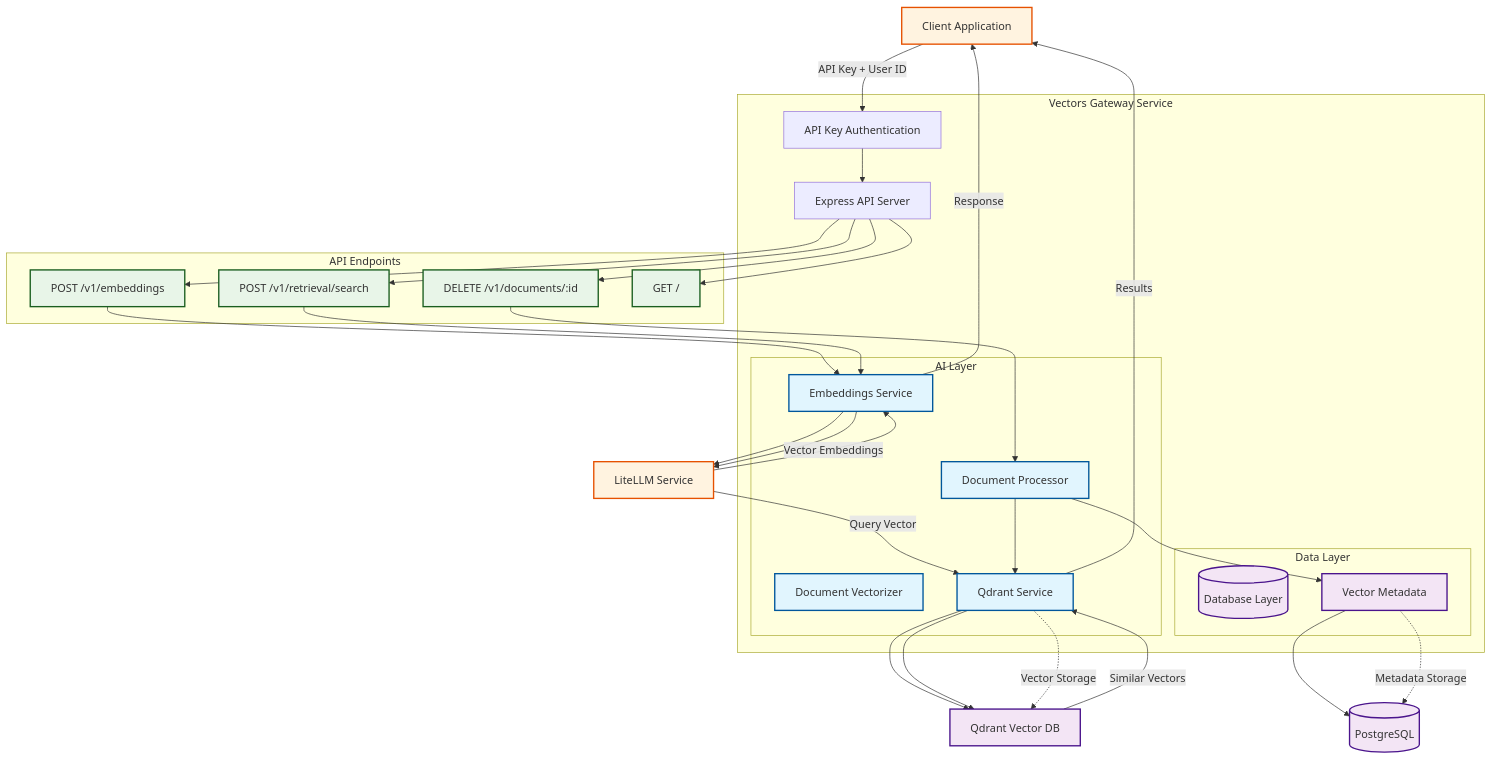
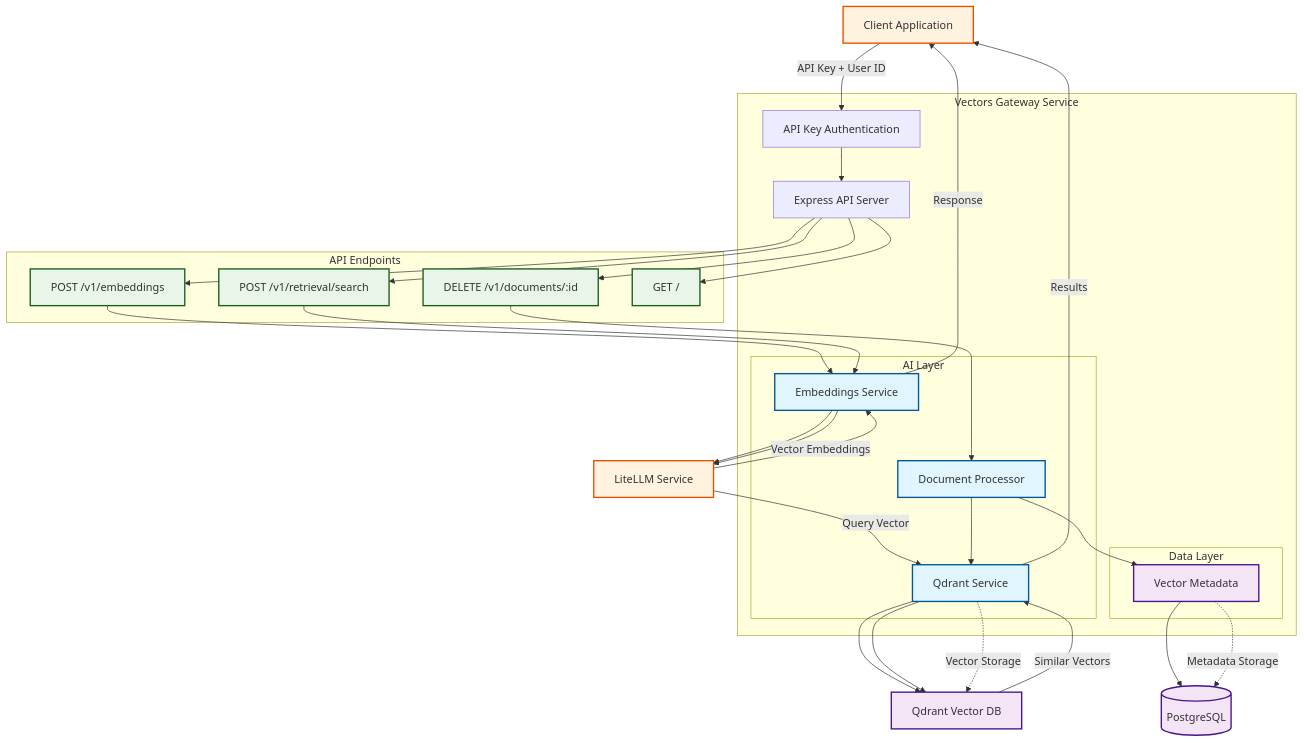
One commit to url4irl/vectors-gateway changed the diagram in README.md. Above: the diagram before and after it, drawn with Mermaid. The commit also changed 2 other files, not shown here.

Commit message:
chore: remove unused vectorizer

````diff
--- a/README.md
+++ b/README.md
@@ -13,80 +13,78 @@
 ```mermaid
 graph TB
     %% External Services
     Client[Client Application]
     LiteLLM[LiteLLM Service]
     Qdrant[Qdrant Vector DB]
     PostgreSQL[(PostgreSQL)]
     
     %% Vectors Gateway Service
     subgraph "Vectors Gateway Service"
         API[Express API Server]
         Auth[API Key Authentication]
         
         subgraph "AI Layer"
             Embeddings[Embeddings Service]
-            Vectorization[Document Vectorizer]
             QdrantService[Qdrant Service]
             DocumentProcessor[Document Processor]
         end
         
         subgraph "Data Layer"
-            Database[(Database Layer)]
             Metadata[Vector Metadata]
         end
     end
     
     %% API Endpoints
     subgraph "API Endpoints"
         EmbeddingsAPI[POST /v1/embeddings]
         RetrievalAPI[POST /v1/retrieval/search]
         DocumentsAPI[DELETE /v1/documents/:id]
         HealthAPI[GET /]
     end
     
     %% Client Interactions
     Client -->|API Key + User ID| Auth
     Auth --> API
     
     %% API Routing
     API --> EmbeddingsAPI
     API --> RetrievalAPI
     API --> DocumentsAPI
     API --> HealthAPI
     
     %% Embeddings Flow (Direct API)
     EmbeddingsAPI --> Embeddings
     Embeddings --> LiteLLM
     LiteLLM -->|Vector Embeddings| Embeddings
     Embeddings -->|Response| Client
     
     %% Retrieval Flow (Direct API)
     RetrievalAPI --> Embeddings
     Embeddings --> LiteLLM
     LiteLLM -->|Query Vector| QdrantService
     QdrantService --> Qdrant
     Qdrant -->|Similar Vectors| QdrantService
     QdrantService -->|Results| Client
     
     %% Document Management Flow (Document Processor)
     DocumentsAPI --> DocumentProcessor
     DocumentProcessor --> QdrantService
     DocumentProcessor --> Metadata
     QdrantService --> Qdrant
     Metadata --> PostgreSQL
     
     %% Data Storage
     QdrantService -.->|Vector Storage| Qdrant
     Metadata -.->|Metadata Storage| PostgreSQL
     
     %% Styling
     classDef service fill:#e1f5fe,stroke:#01579b,stroke-width:2px
     classDef database fill:#f3e5f5,stroke:#4a148c,stroke-width:2px
     classDef api fill:#e8f5e8,stroke:#1b5e20,stroke-width:2px
     classDef external fill:#fff3e0,stroke:#e65100,stroke-width:2px
     
-    class Embeddings,Vectorization,QdrantService,DocumentProcessor service
-    class Qdrant,PostgreSQL,Database,Metadata database
+    class Embeddings,QdrantService,DocumentProcessor service
+    class Qdrant,PostgreSQL,Metadata database
     class EmbeddingsAPI,RetrievalAPI,DocumentsAPI,HealthAPI api
     class Client,LiteLLM external
 ```
````
